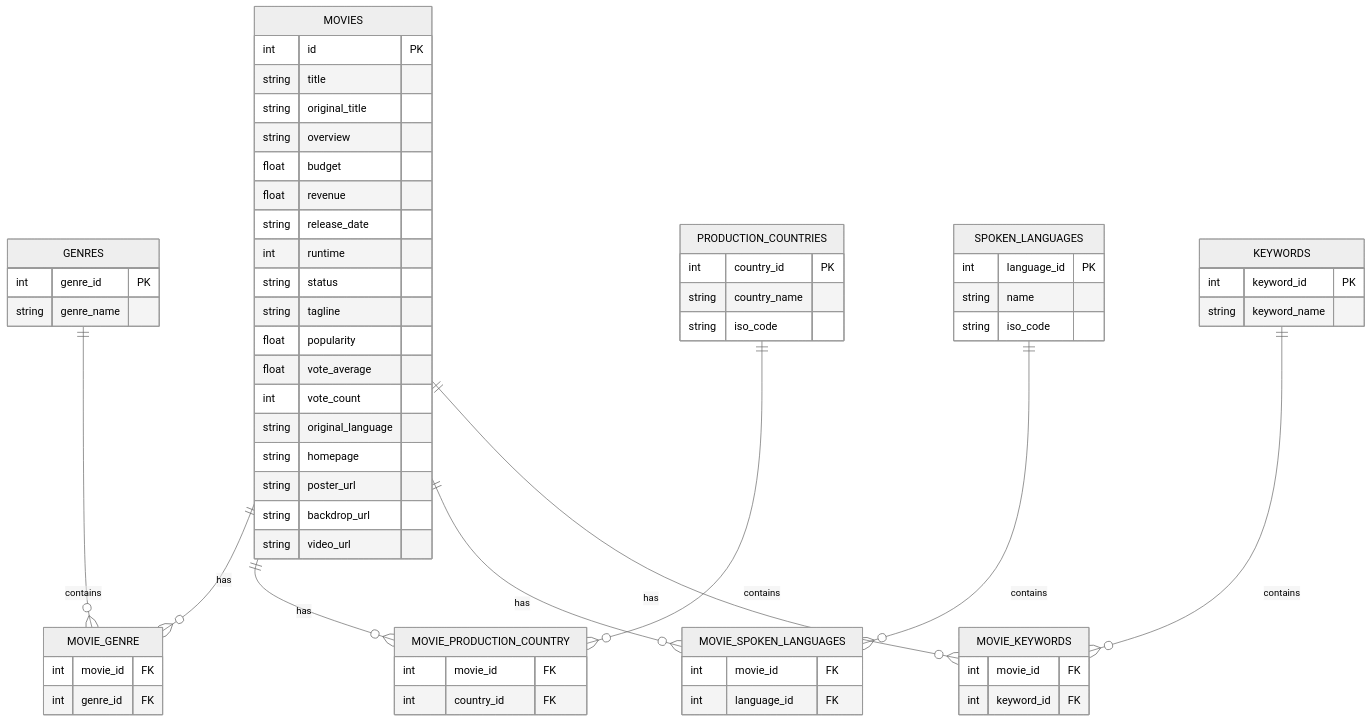
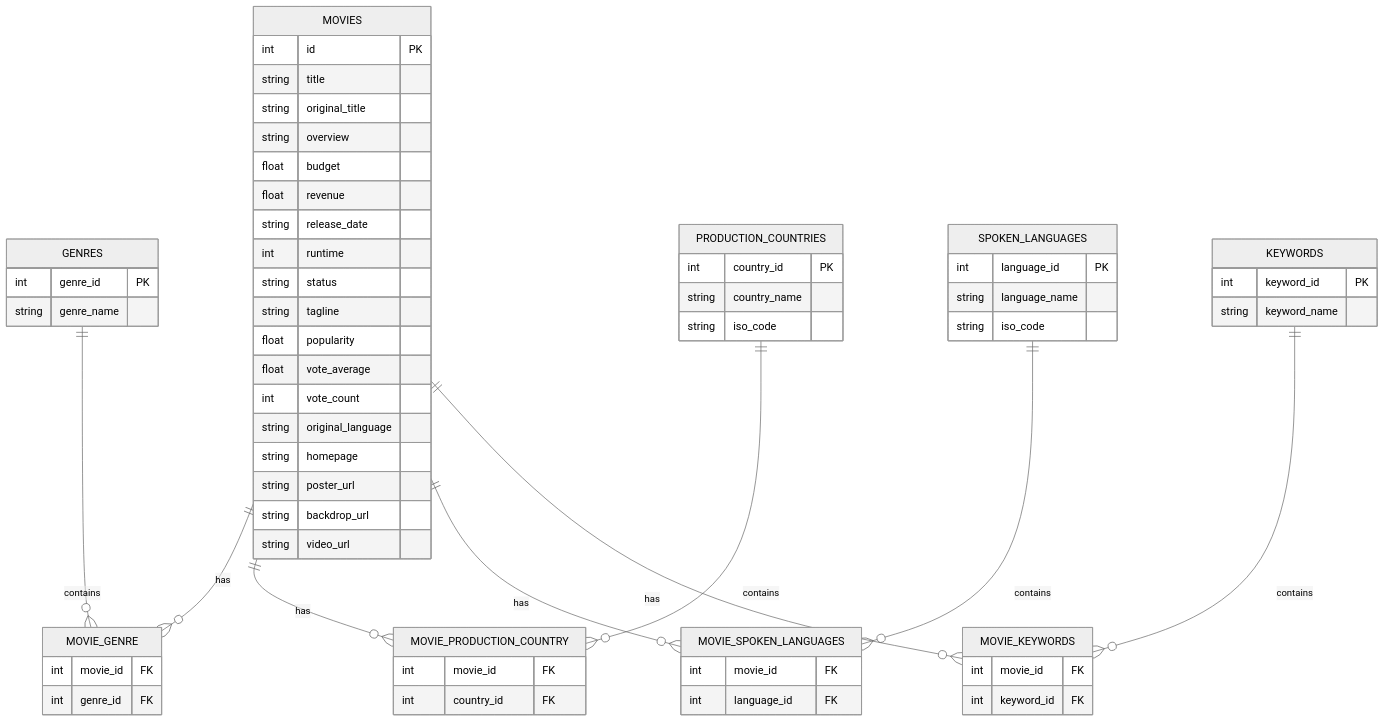
The diagram in diagrams/mermaid.md (t1anzn/cinemind), drawn with Mermaid (neutral theme) before and after one commit. The commit also changed 5 other files, not shown here.

````diff
--- a/diagrams/mermaid.md
+++ b/diagrams/mermaid.md
@@ -1,77 +1,77 @@
 ```mermaid
 erDiagram
     MOVIES {
         int id PK
         string title
         string original_title
         string overview
         float budget
         float revenue
         string release_date
         int runtime
         string status
         string tagline
         float popularity
         float vote_average
         int vote_count
         string original_language
         string homepage
         string poster_url
         string backdrop_url
         string video_url
     }
 
     GENRES {
         int genre_id PK
         string genre_name
     }
 
     MOVIE_GENRE {
         int movie_id FK
         int genre_id FK
     }
 
     PRODUCTION_COUNTRIES {
         int country_id PK
         string country_name
         string iso_code
     }
 
     MOVIE_PRODUCTION_COUNTRY {
         int movie_id FK
         int country_id FK
     }
 
     SPOKEN_LANGUAGES {
         int language_id PK
-        string name
+        string language_name
         string iso_code
     }
 
     MOVIE_SPOKEN_LANGUAGES {
         int movie_id FK
         int language_id FK
     }
 
     KEYWORDS {
         int keyword_id PK
         string keyword_name
     }
 
     MOVIE_KEYWORDS {
         int movie_id FK
         int keyword_id FK
     }
 
     MOVIES ||--o{ MOVIE_GENRE : has
     GENRES ||--o{ MOVIE_GENRE : contains
 
     MOVIES ||--o{ MOVIE_PRODUCTION_COUNTRY : has
     PRODUCTION_COUNTRIES ||--o{ MOVIE_PRODUCTION_COUNTRY : contains
 
     MOVIES ||--o{ MOVIE_SPOKEN_LANGUAGES : has
     SPOKEN_LANGUAGES ||--o{ MOVIE_SPOKEN_LANGUAGES : contains
 
     MOVIES ||--o{ MOVIE_KEYWORDS : has
     KEYWORDS ||--o{ MOVIE_KEYWORDS : contains
 ```
````
